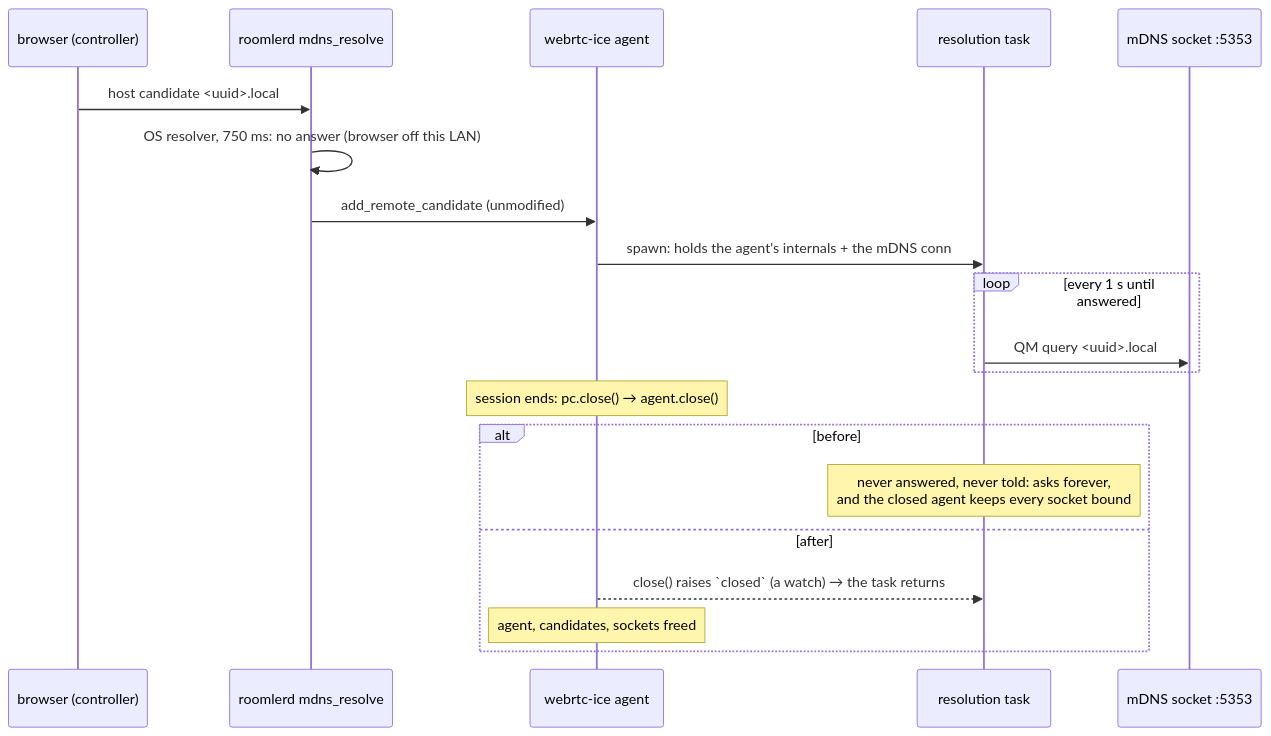
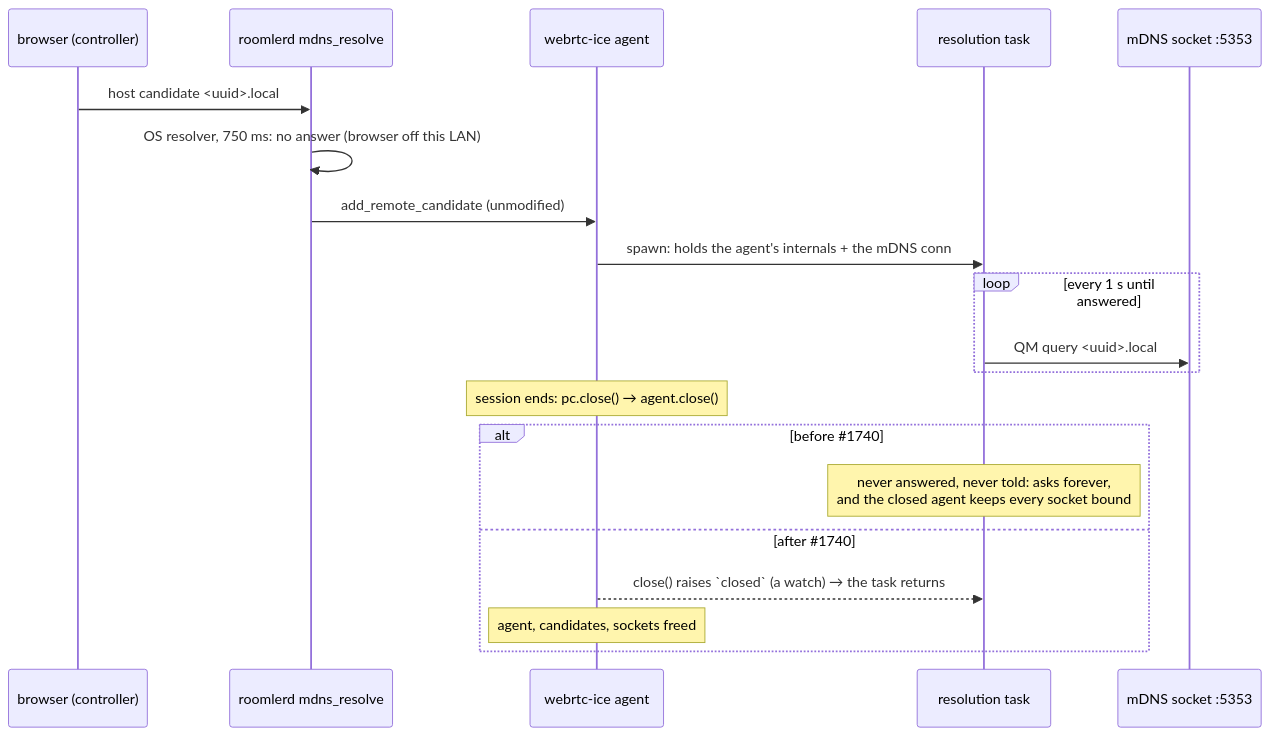
Before and after one commit to gjovanov/roomler-ai: the fifth of 14 diagrams in docs/tunnels.md, drawn with Mermaid. The commit also changed other lines of this file and 25 other files, not shown here.

````diff
--- a/docs/tunnels.md
+++ b/docs/tunnels.md
@@ -227,23 +227,23 @@
 ```mermaid
 sequenceDiagram
     participant B as browser (controller)
     participant R as roomlerd mdns_resolve
     participant A as webrtc-ice agent
     participant Q as resolution task
     participant M as mDNS socket :5353
 
     B->>R: host candidate <uuid>.local
     R->>R: OS resolver, 750 ms: no answer (browser off this LAN)
     R->>A: add_remote_candidate (unmodified)
     A->>Q: spawn: holds the agent's internals + the mDNS conn
     loop every 1 s until answered
         Q->>M: QM query <uuid>.local
     end
     Note over A: session ends: pc.close() → agent.close()
-    alt before #1740
+    alt before #35;1740
         Note over Q: never answered, never told: asks forever,<br/>and the closed agent keeps every socket bound
-    else after #1740
+    else after #35;1740
         A-->>Q: close() raises `closed` (a watch) → the task returns
         Note over A: agent, candidates, sockets freed
     end
 ```
````
